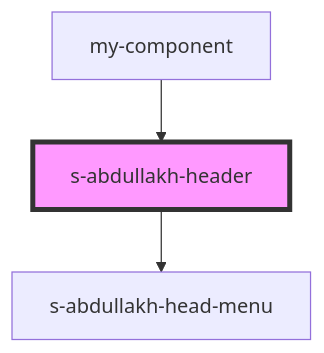
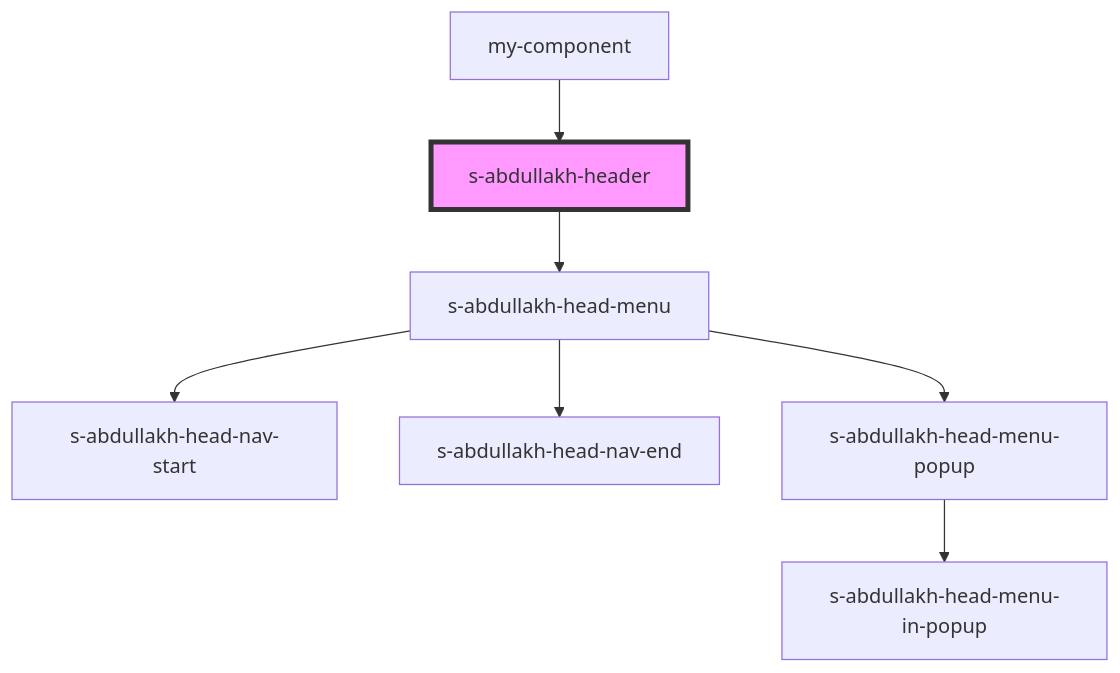
One commit to Wokh-Dada/companycards changed the diagram in src/components/res/view/s-abdullakh-header/readme.md. Above: the diagram before and after it, drawn with Mermaid. The commit also changed other lines of this file and 28 other files, not shown here.

````diff
--- a/src/components/res/view/s-abdullakh-header/readme.md
+++ b/src/components/res/view/s-abdullakh-header/readme.md
@@ -26,6 +34,10 @@
 ```mermaid
 graph TD;
   s-abdullakh-header --> s-abdullakh-head-menu
+  s-abdullakh-head-menu --> s-abdullakh-head-nav-start
+  s-abdullakh-head-menu --> s-abdullakh-head-nav-end
+  s-abdullakh-head-menu --> s-abdullakh-head-menu-popup
+  s-abdullakh-head-menu-popup --> s-abdullakh-head-menu-in-popup
   my-component --> s-abdullakh-header
   style s-abdullakh-header fill:#f9f,stroke:#333,stroke-width:4px
 ```
````
